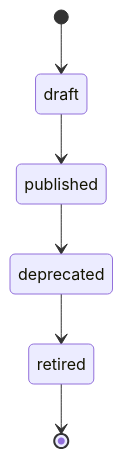
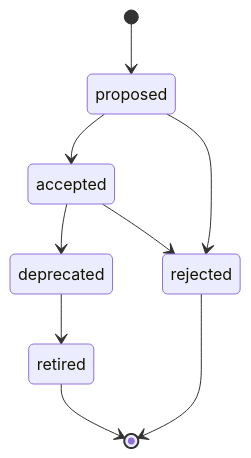
One commit to 23min/aiwf changed the sixth of 7 diagrams in docs/overview.md. Above: the diagram before and after it, drawn with Mermaid. The commit also changed other lines of this file and 27 other files, not shown here.

````diff
--- a/docs/overview.md
+++ b/docs/overview.md
@@ -103,8 +103,11 @@
 ```mermaid
 stateDiagram-v2
-    [*] --> draft
-    draft --> published
-    published --> deprecated
+    [*] --> proposed
+    proposed --> accepted
+    accepted --> deprecated
     deprecated --> retired
+    proposed --> rejected
+    accepted --> rejected
     retired --> [*]
+    rejected --> [*]
 ```
````
